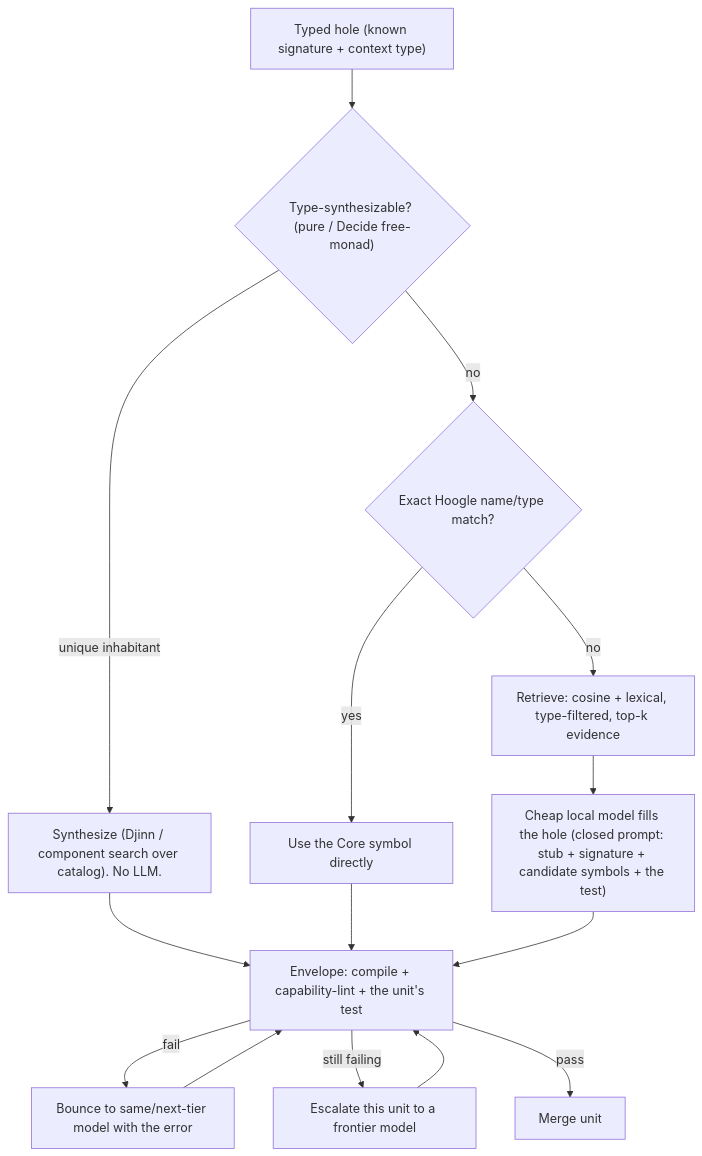
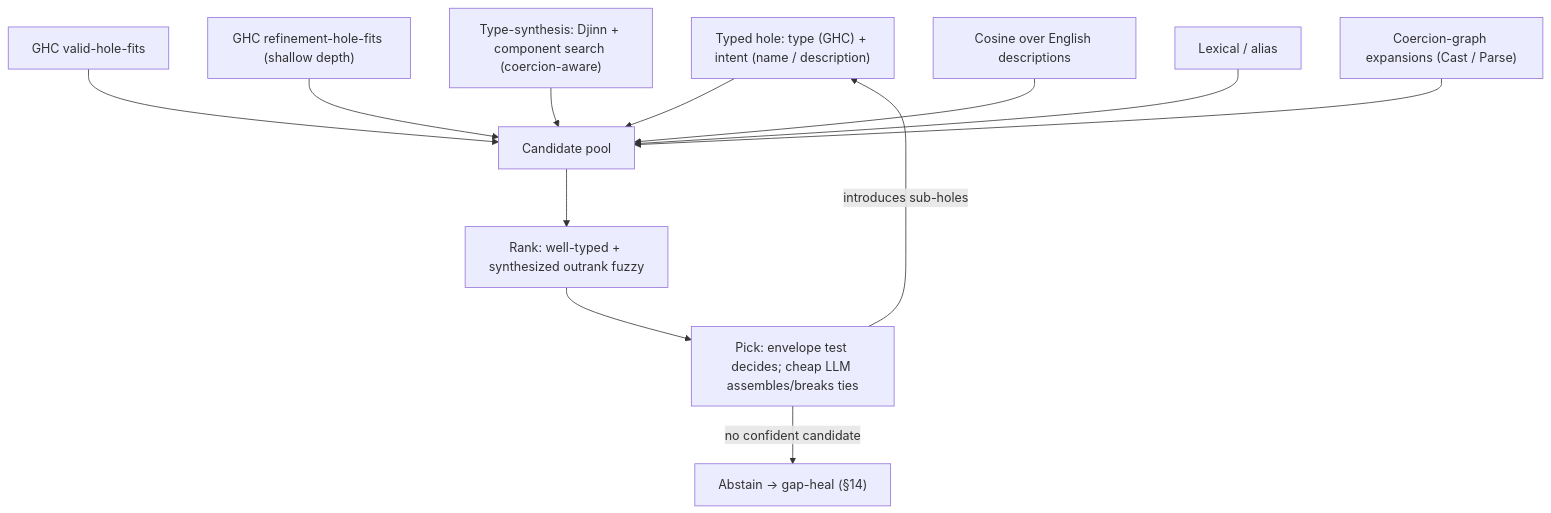
One commit to neohaskell/NeoHaskell changed the second of 4 diagrams in docs/plans/2026-07-03-deterministic-pipelines-design.md. Above: the diagram before and after it, drawn with Mermaid. The commit also changed other lines of this file, not shown here.

First line of the commit message:
docs: v3 design — type-modeling, typed-hole fill engine, P8, off-the-shelf models

````diff
--- a/docs/plans/2026-07-03-deterministic-pipelines-design.md
+++ b/docs/plans/2026-07-03-deterministic-pipelines-design.md
@@ -162,17 +179,14 @@
 ```mermaid
 flowchart TD
-    H["Typed hole (known signature + context type)"] --> S1{"Type-synthesizable? (pure / Decide free-monad)"}
-    S1 -->|"unique inhabitant"| SYN["Synthesize (Djinn / component search over catalog). No LLM."]
-    S1 -->|"no"| HG{"Exact Hoogle name/type match?"}
-    SYN --> ENV
-    HG -->|"yes"| USE["Use the Core symbol directly"]
-    USE --> ENV
-    HG -->|"no"| RET["Retrieve: cosine + lexical, type-filtered, top-k evidence"]
-    RET --> LLM["Cheap local model fills the hole (closed prompt: stub + signature + candidate symbols + the test)"]
-    LLM --> ENV["Envelope: compile + capability-lint + the unit's test"]
-    ENV -->|"fail"| BOUNCE["Bounce to same/next-tier model with the error"]
-    BOUNCE --> ENV
-    ENV -->|"still failing"| ESC["Escalate this unit to a frontier model"]
-    ESC --> ENV
-    ENV -->|"pass"| DONE["Merge unit"]
+    H["Typed hole: type (GHC) + intent (name / description)"] --> POOL["Candidate pool"]
+    GHC1["GHC valid-hole-fits"] --> POOL
+    GHC2["GHC refinement-hole-fits (shallow depth)"] --> POOL
+    SYN["Type-synthesis: Djinn + component search (coercion-aware)"] --> POOL
+    COS["Cosine over English descriptions"] --> POOL
+    LEX["Lexical / alias"] --> POOL
+    CO["Coercion-graph expansions (Cast / Parse)"] --> POOL
+    POOL --> RANK["Rank: well-typed + synthesized outrank fuzzy"]
+    RANK --> PICK["Pick: envelope test decides; cheap LLM assembles/breaks ties"]
+    PICK -->|"no confident candidate"| ABS["Abstain -> gap-heal (§14)"]
+    PICK -->|"introduces sub-holes"| H
 ```
````
